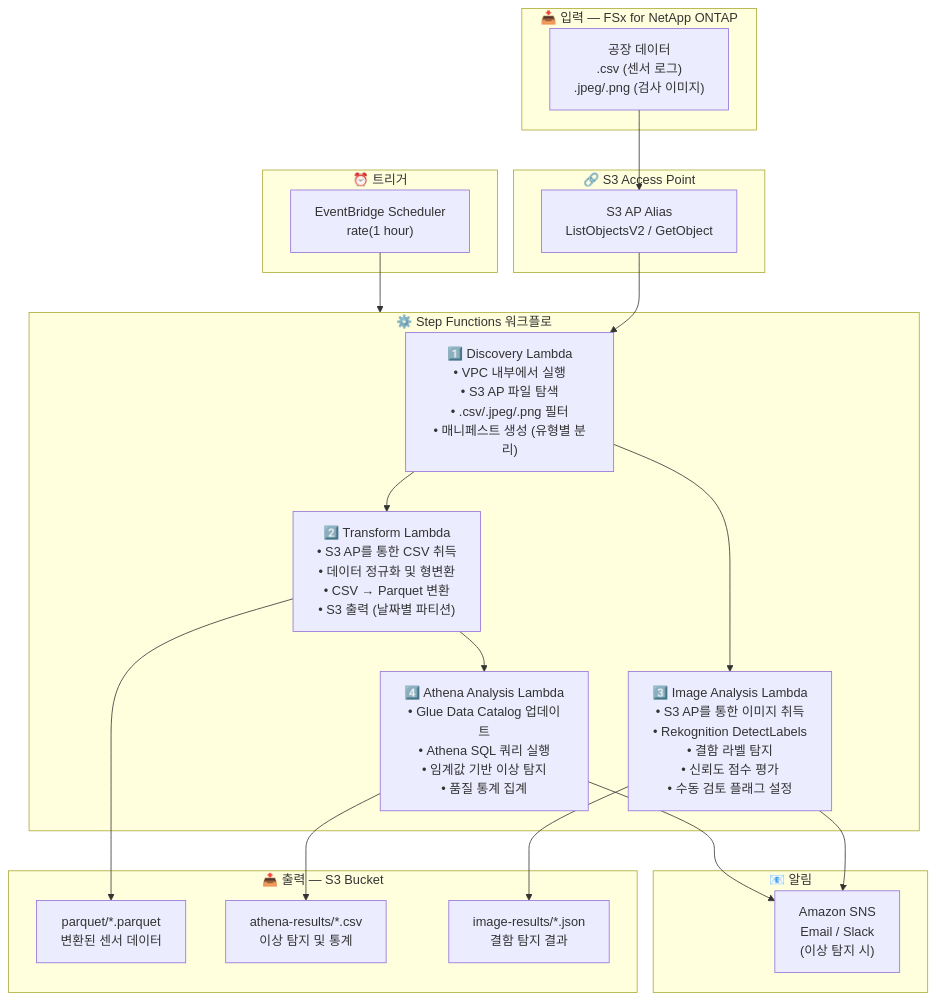
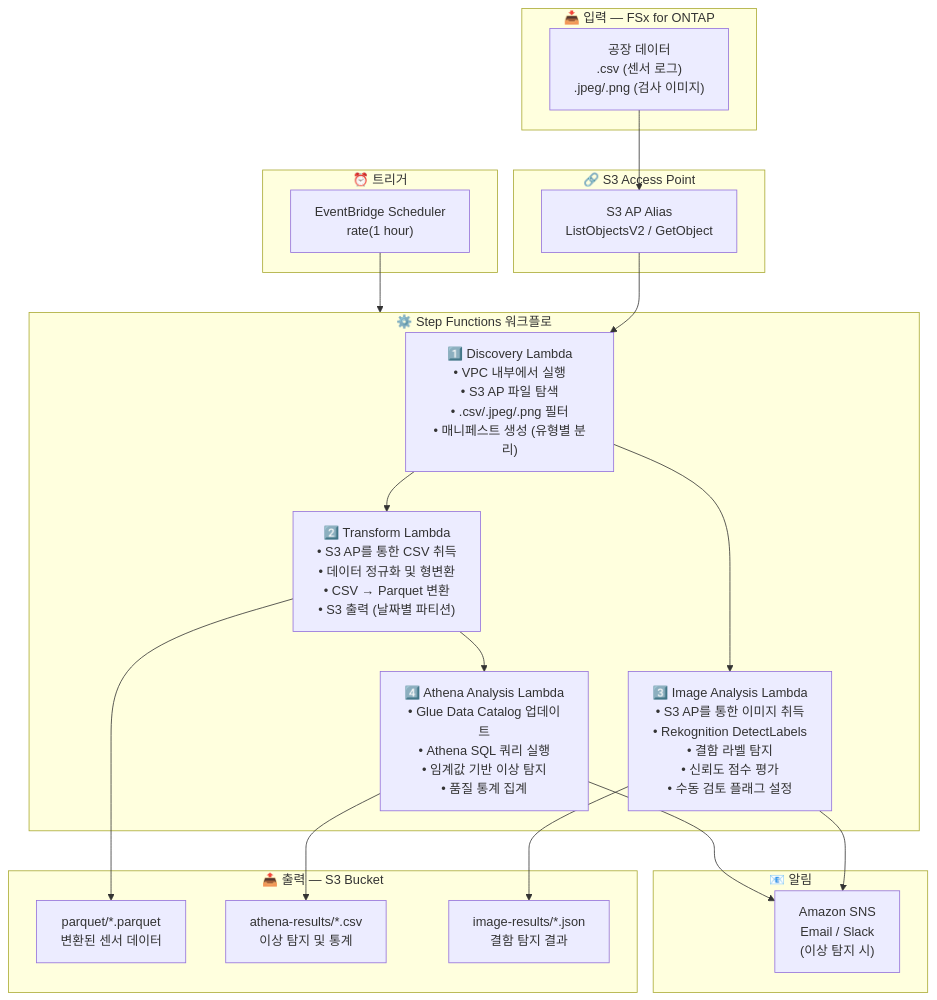
One commit to Yoshiki0705/FSx-for-ONTAP-S3AccessPoints-Serverless-Patterns changed the diagram in manufacturing-analytics/docs/architecture.ko.md. Above: the diagram before and after it, drawn with Mermaid. The commit also changed other lines of this file and 597 other files, not shown here.

````diff
--- a/manufacturing-analytics/docs/architecture.ko.md
+++ b/manufacturing-analytics/docs/architecture.ko.md
@@ -11,43 +11,43 @@
 ```mermaid
 flowchart TB
-    subgraph INPUT["📥 입력 — FSx for NetApp ONTAP"]
+    subgraph INPUT["📥 입력 — FSx for ONTAP"]
         DATA["공장 데이터<br/>.csv (센서 로그)<br/>.jpeg/.png (검사 이미지)"]
     end
 
     subgraph S3AP["🔗 S3 Access Point"]
         ALIAS["S3 AP Alias<br/>ListObjectsV2 / GetObject"]
     end
 
     subgraph TRIGGER["⏰ 트리거"]
         EB["EventBridge Scheduler<br/>rate(1 hour)"]
     end
 
     subgraph SFN["⚙️ Step Functions 워크플로"]
         DISC["1️⃣ Discovery Lambda<br/>• VPC 내부에서 실행<br/>• S3 AP 파일 탐색<br/>• .csv/.jpeg/.png 필터<br/>• 매니페스트 생성 (유형별 분리)"]
         TR["2️⃣ Transform Lambda<br/>• S3 AP를 통한 CSV 취득<br/>• 데이터 정규화 및 형변환<br/>• CSV → Parquet 변환<br/>• S3 출력 (날짜별 파티션)"]
         IMG["3️⃣ Image Analysis Lambda<br/>• S3 AP를 통한 이미지 취득<br/>• Rekognition DetectLabels<br/>• 결함 라벨 탐지<br/>• 신뢰도 점수 평가<br/>• 수동 검토 플래그 설정"]
         ATH["4️⃣ Athena Analysis Lambda<br/>• Glue Data Catalog 업데이트<br/>• Athena SQL 쿼리 실행<br/>• 임계값 기반 이상 탐지<br/>• 품질 통계 집계"]
     end
 
     subgraph OUTPUT["📤 출력 — S3 Bucket"]
         PARQUET["parquet/*.parquet<br/>변환된 센서 데이터"]
         ATHENA["athena-results/*.csv<br/>이상 탐지 및 통계"]
         IMGOUT["image-results/*.json<br/>결함 탐지 결과"]
     end
 
     subgraph NOTIFY["📧 알림"]
         SNS["Amazon SNS<br/>Email / Slack<br/>(이상 탐지 시)"]
     end
 
     DATA --> ALIAS
     ALIAS --> DISC
     EB --> SFN
     DISC --> TR
     DISC --> IMG
     TR --> ATH
     TR --> PARQUET
     ATH --> ATHENA
     IMG --> IMGOUT
     IMG --> SNS
     ATH --> SNS
 ```
````
